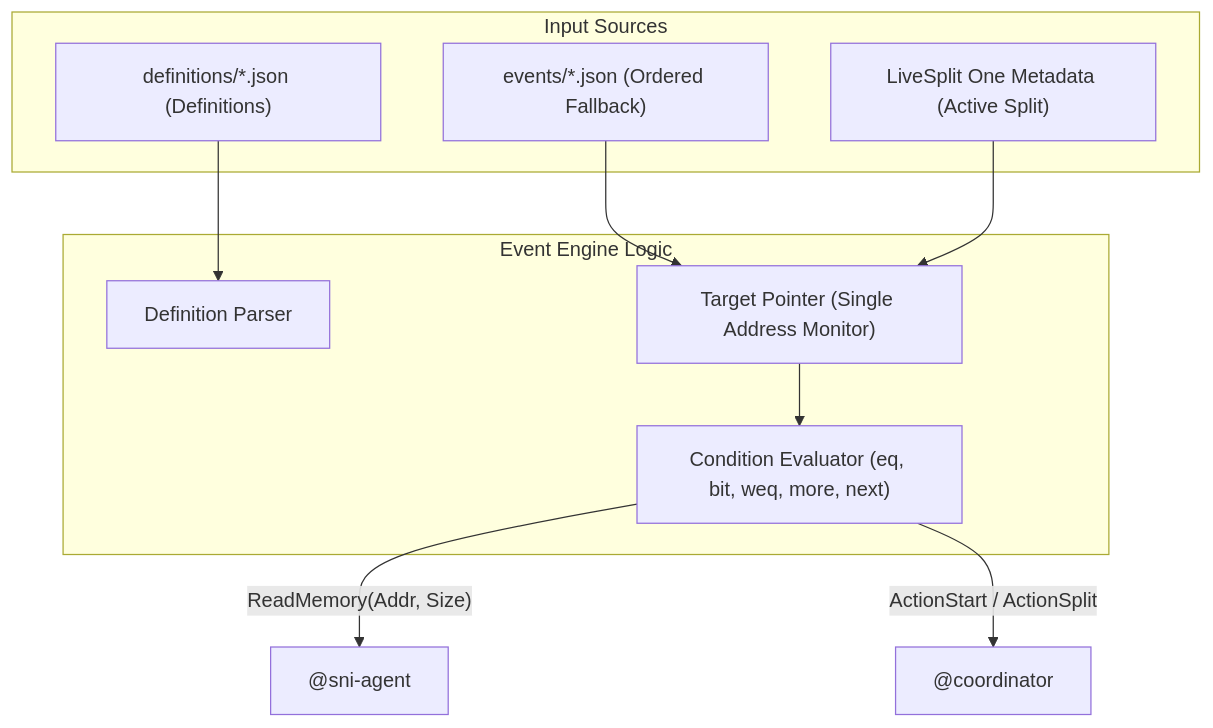
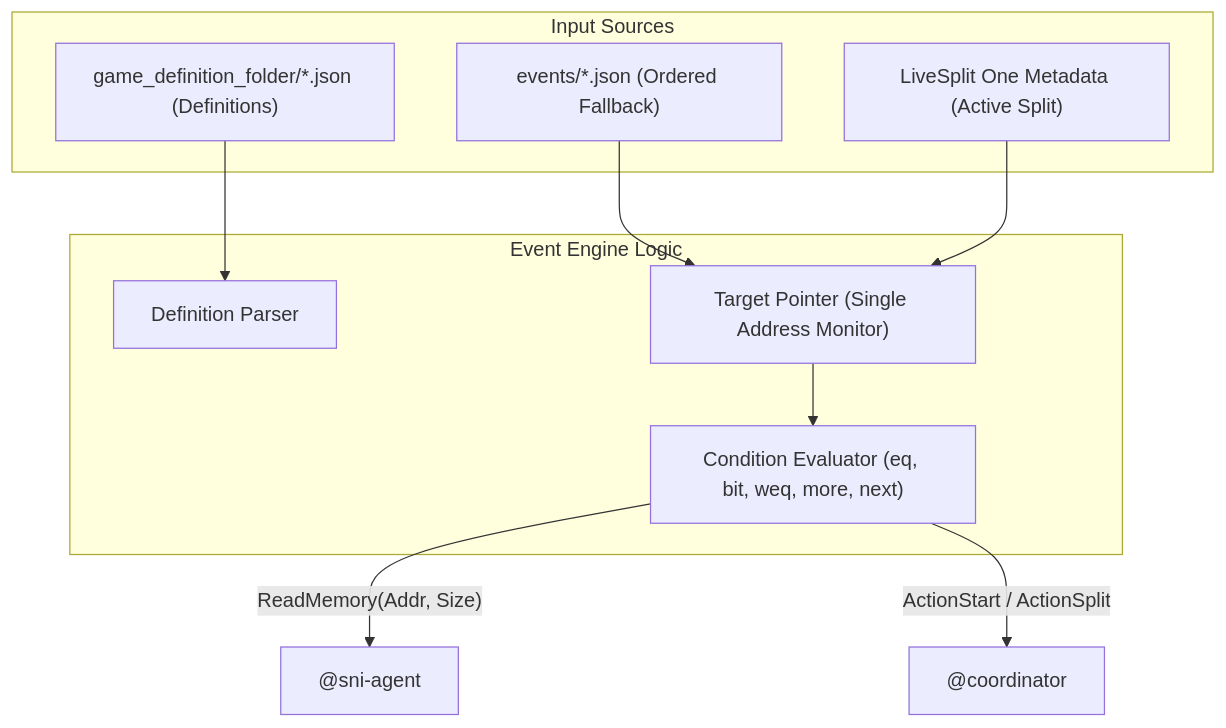
Before and after one commit to ChTPwner/gotosplitter: the diagram in .agents/skills/event_engine/SKILL.md, drawn with Mermaid. The commit also changed other lines of this file and 16 other files, not shown here.

First line of the commit message:
feat: Refactor game definition handling and improve configuration persistence

````diff
--- a/.agents/skills/event_engine/SKILL.md
+++ b/.agents/skills/event_engine/SKILL.md
@@ -23,22 +23,22 @@
 ```mermaid
 graph TD
     subgraph Input Sources
-        DefFile["definitions/*.json (Definitions)"]
+        DefFile["game_definition_folder/*.json (Definitions)"]
         EventFile["events/*.json (Ordered Fallback)"]
         LSMeta["LiveSplit One Metadata (Active Split)"]
     end
 
     subgraph Event Engine Logic
         Parser["Definition Parser"]
         Evaluator["Condition Evaluator (eq, bit, weq, more, next)"]
         Sequencer["Target Pointer (Single Address Monitor)"]
     end
 
     DefFile --> Parser
     EventFile --> Sequencer
     LSMeta --> Sequencer
 
     Sequencer --> Evaluator
     Evaluator --"ReadMemory(Addr, Size)"--> SNI["@sni-agent"]
     Evaluator --"ActionStart / ActionSplit"--> Coord["@coordinator"]
 ```
````
